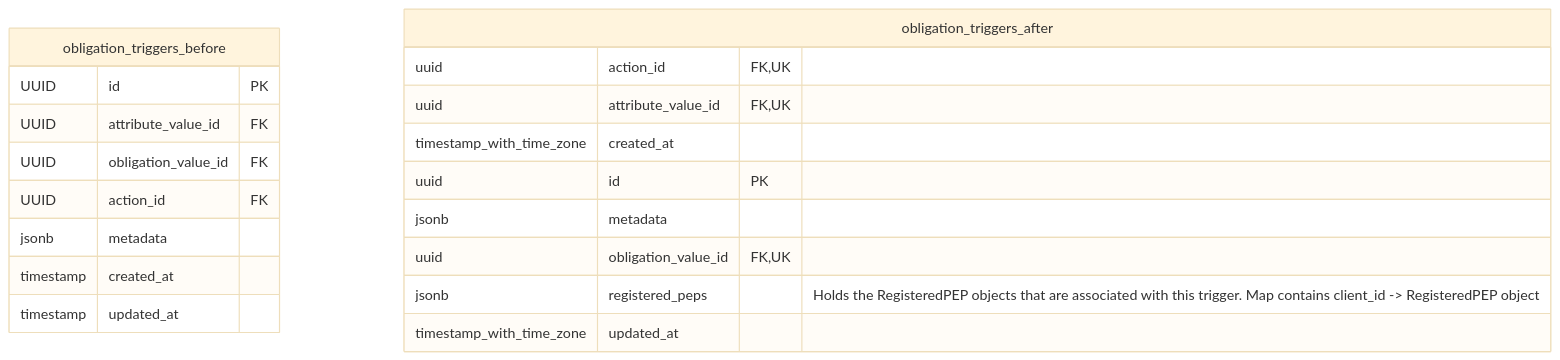
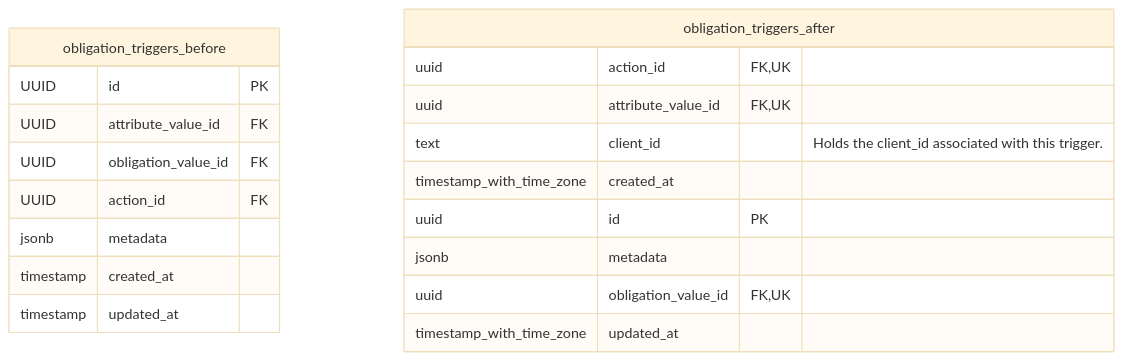
Before and after one commit to opentdf/platform: the diagram in service/policy/db/migrations/20250909000000_add_registered_peps_to_obligations_triggers.md, drawn with Mermaid (base theme). The commit also changed other lines of this file and 9 other files, not shown here.

````diff
--- a/service/policy/db/migrations/20250909000000_add_registered_peps_to_obligations_triggers.md
+++ b/service/policy/db/migrations/20250909000000_add_registered_peps_to_obligations_triggers.md
@@ -8,25 +7,25 @@
 ```mermaid
 erDiagram
     %% Before Migration
     obligation_triggers_before {
         UUID id PK
         UUID attribute_value_id FK
         UUID obligation_value_id FK
         UUID action_id FK
         jsonb metadata
         timestamp created_at
         timestamp updated_at
     }
 
     %% After Migration  
     obligation_triggers_after {
         uuid action_id FK,UK 
         uuid attribute_value_id FK,UK 
+        text client_id "Holds the client_id associated with this trigger."
         timestamp_with_time_zone created_at 
         uuid id PK 
         jsonb metadata 
         uuid obligation_value_id FK,UK 
-        jsonb registered_peps "Holds the RegisteredPEP objects that are associated with this trigger. Map contains client_id -> RegisteredPEP object"
         timestamp_with_time_zone updated_at 
     }
 ```
````
